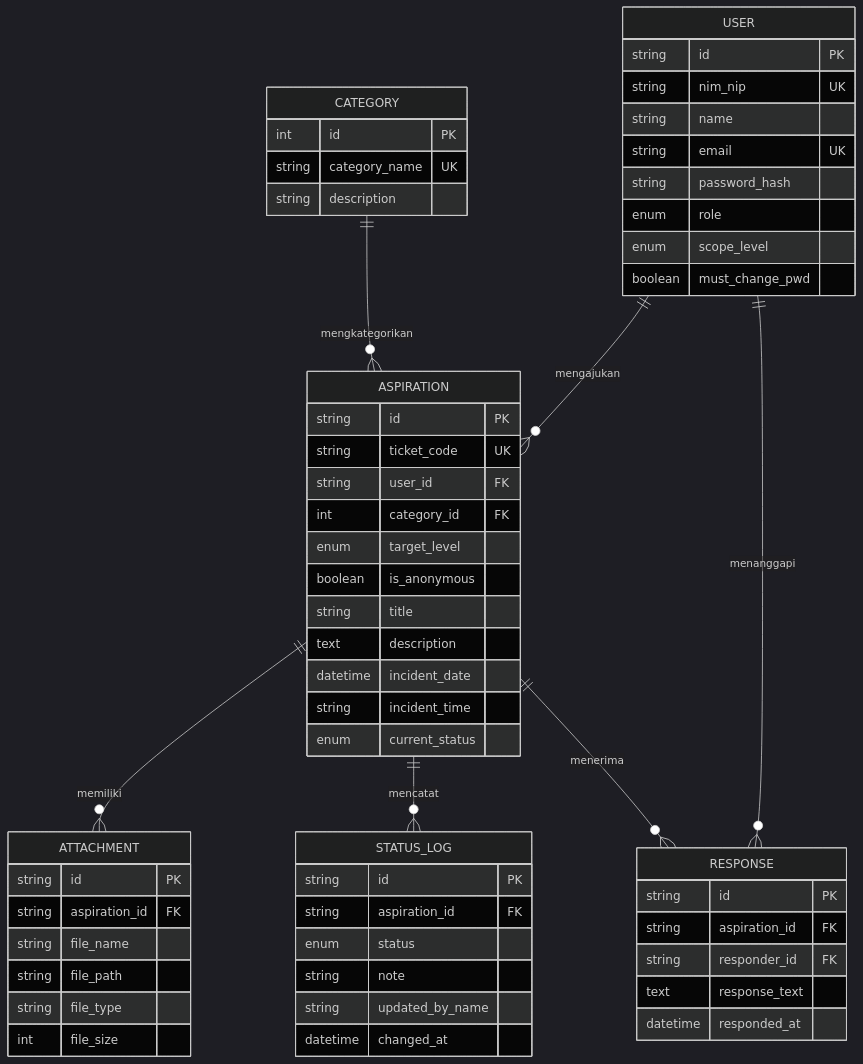
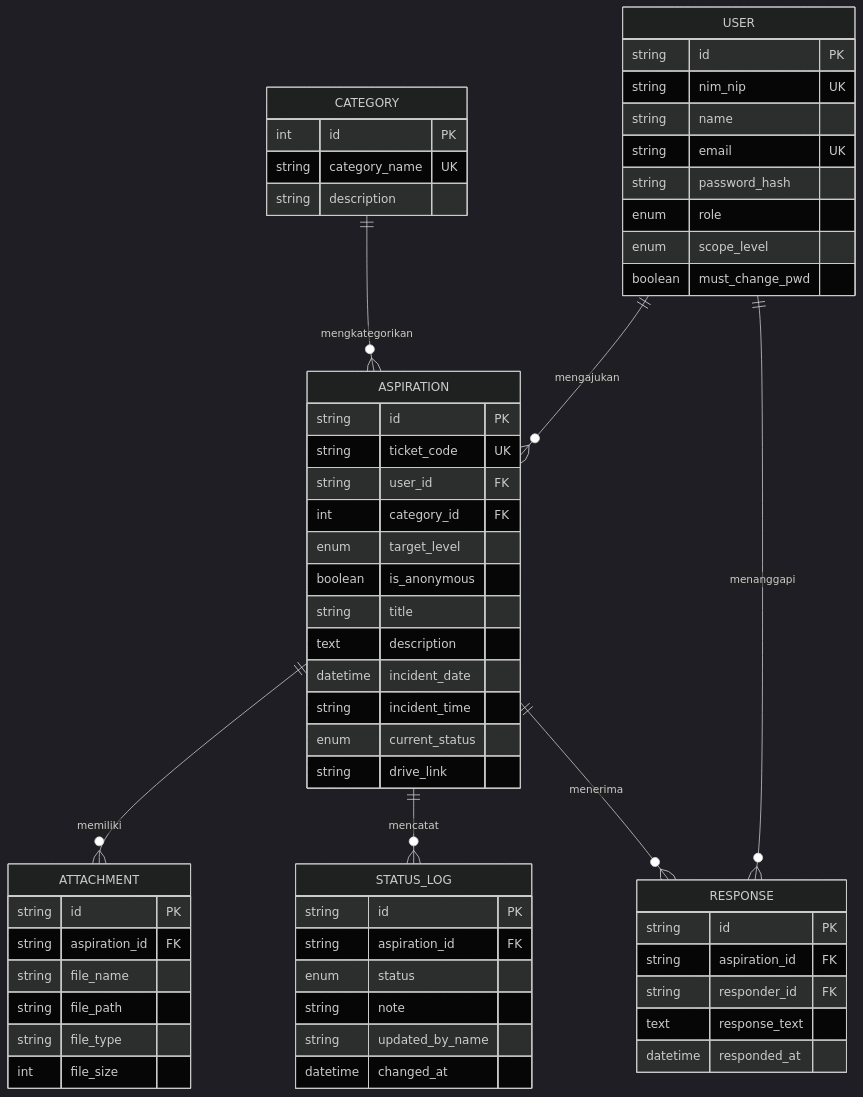
Before and after one commit to Abbas-rey/AspirasiMahasiswa-FINAL: the diagram in README.md, drawn with Mermaid (dark theme). The commit also changed other lines of this file and 9 other files, not shown here.

Commit message:
feat: enhance aspiration evidence with multi-file upload up to 5 files 10MB, google drive link, and 2-step streamlined form

````diff
--- a/README.md
+++ b/README.md
@@ -127,66 +126,67 @@
 ```mermaid
 erDiagram
     USER ||--o{ ASPIRATION : "mengajukan"
     USER ||--o{ RESPONSE : "menanggapi"
     CATEGORY ||--o{ ASPIRATION : "mengkategorikan"
     ASPIRATION ||--o{ ATTACHMENT : "memiliki"
     ASPIRATION ||--o{ STATUS_LOG : "mencatat"
     ASPIRATION ||--o{ RESPONSE : "menerima"
 
     USER {
         string id PK
         string nim_nip UK
         string name
         string email UK
         string password_hash
         enum role
         enum scope_level
         boolean must_change_pwd
     }
 
     ASPIRATION {
         string id PK
         string ticket_code UK
         string user_id FK
         int category_id FK
         enum target_level
         boolean is_anonymous
         string title
         text description
         datetime incident_date
         string incident_time
         enum current_status
+        string drive_link
     }
 
     CATEGORY {
         int id PK
         string category_name UK
         string description
     }
 
     ATTACHMENT {
         string id PK
         string aspiration_id FK
         string file_name
         string file_path
         string file_type
         int file_size
     }
 
     STATUS_LOG {
         string id PK
         string aspiration_id FK
         enum status
         string note
         string updated_by_name
         datetime changed_at
     }
 
     RESPONSE {
         string id PK
         string aspiration_id FK
         string responder_id FK
         text response_text
         datetime responded_at
     }
 ```
````
